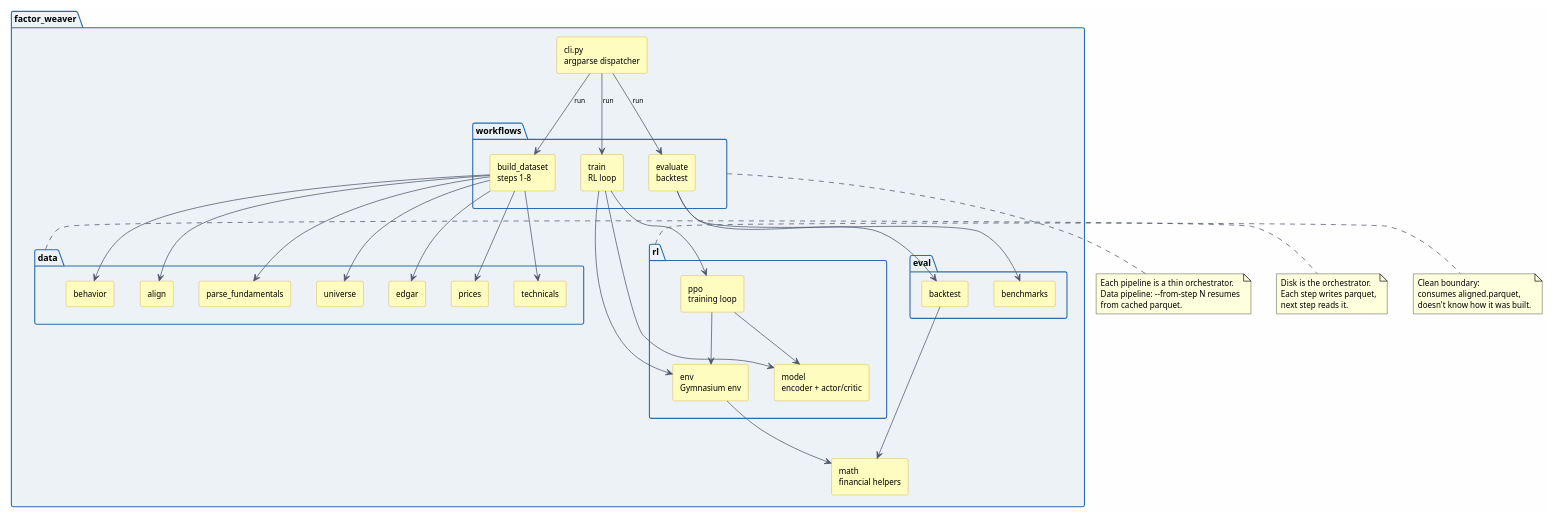
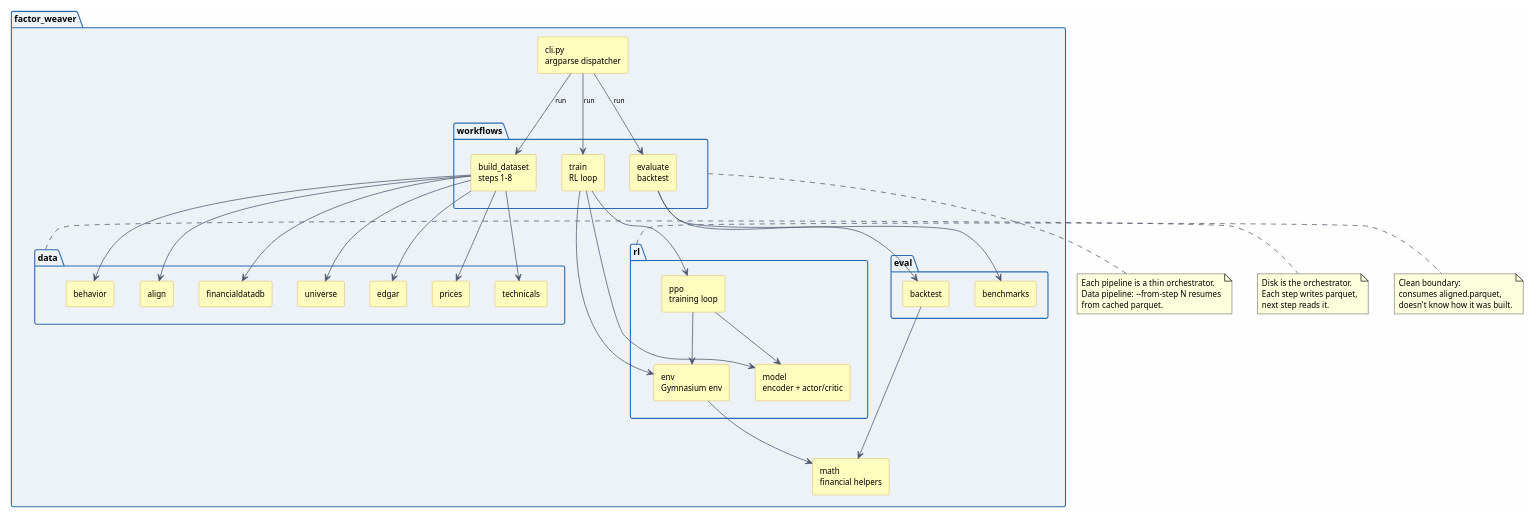
The diagram in docs/figures/architecture.puml (life00/factor-weaver), drawn with PlantUML before and after one commit. The commit also changed 23 other files, not shown here.

```diff
--- a/docs/figures/architecture.puml
+++ b/docs/figures/architecture.puml
@@ -1,103 +1,103 @@
 @startuml
 skinparam backgroundColor #FEFEFE
 skinparam defaultFontName Helvetica
 skinparam defaultFontSize 11
 skinparam package {
   FontSize 12
   FontStyle bold
   BackgroundColor #EDF2F7
   BorderColor #2B6CB0
 }
 skinparam component {
   FontSize 10
   BackgroundColor #E8F4FD
   BorderColor #2B6CB0
 }
 skinparam arrow {
   Color #4A5568
   FontSize 9
 }
 skinparam rectangle {
   BackgroundColor #FEFCBF
   BorderColor #D69E2E
   FontSize 11
 }
 
 package "factor_weaver" {
 
   rectangle cli as "cli.py\nargparse dispatcher"
 
   package "workflows" as workflows {
     rectangle build_dataset as "build_dataset\nsteps 1-8"
     rectangle train as "train\nRL loop"
     rectangle evaluate as "evaluate\nbacktest"
   }
 
   package "data" as data_pkg {
-    rectangle parse_fund as "parse_fundamentals"
+    rectangle parse_fund as "financialdatadb"
     rectangle universe as "universe"
     rectangle edgar as "edgar"
     rectangle prices as "prices"
     rectangle technicals as "technicals"
     rectangle behavior as "behavior"
     rectangle align as "align"
   }
 
   package "rl" {
     rectangle env as "env\nGymnasium env"
     rectangle model as "model\nencoder + actor/critic"
     rectangle ppo as "ppo\ntraining loop"
   }
 
   package "eval" as eval_pkg {
     rectangle backtest as "backtest"
     rectangle benchmarks as "benchmarks"
   }
 
   rectangle math as "math\nfinancial helpers"
 
 }
 
 cli --> build_dataset : run
 cli --> train : run
 cli --> evaluate : run
 
 build_dataset --> parse_fund
 build_dataset --> universe
 build_dataset --> edgar
 build_dataset --> prices
 build_dataset --> technicals
 build_dataset --> behavior
 build_dataset --> align
 
 train --> env
 train --> model
 train --> ppo
 ppo --> env
 ppo --> model
 
 evaluate --> backtest
 evaluate --> benchmarks
 
 env --> math
 backtest --> math
 
 note bottom of workflows
   Each pipeline is a thin orchestrator.
   Data pipeline: --from-step N resumes
   from cached parquet.
 end note
 
 note right of data_pkg
   Disk is the orchestrator.
   Each step writes parquet,
   next step reads it.
 end note
 
 note right of rl
   Clean boundary:
   consumes aligned.parquet,
   doesn't know how it was built.
 end note
 
 @enduml
```
